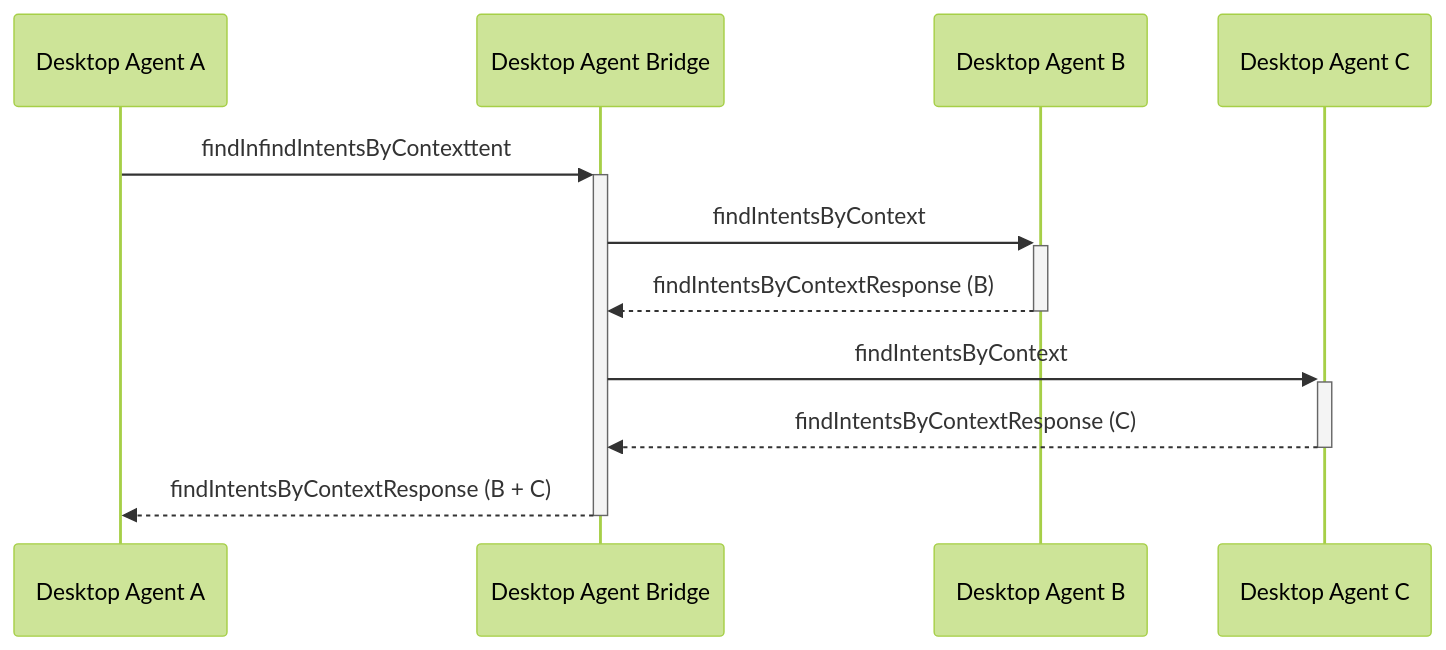
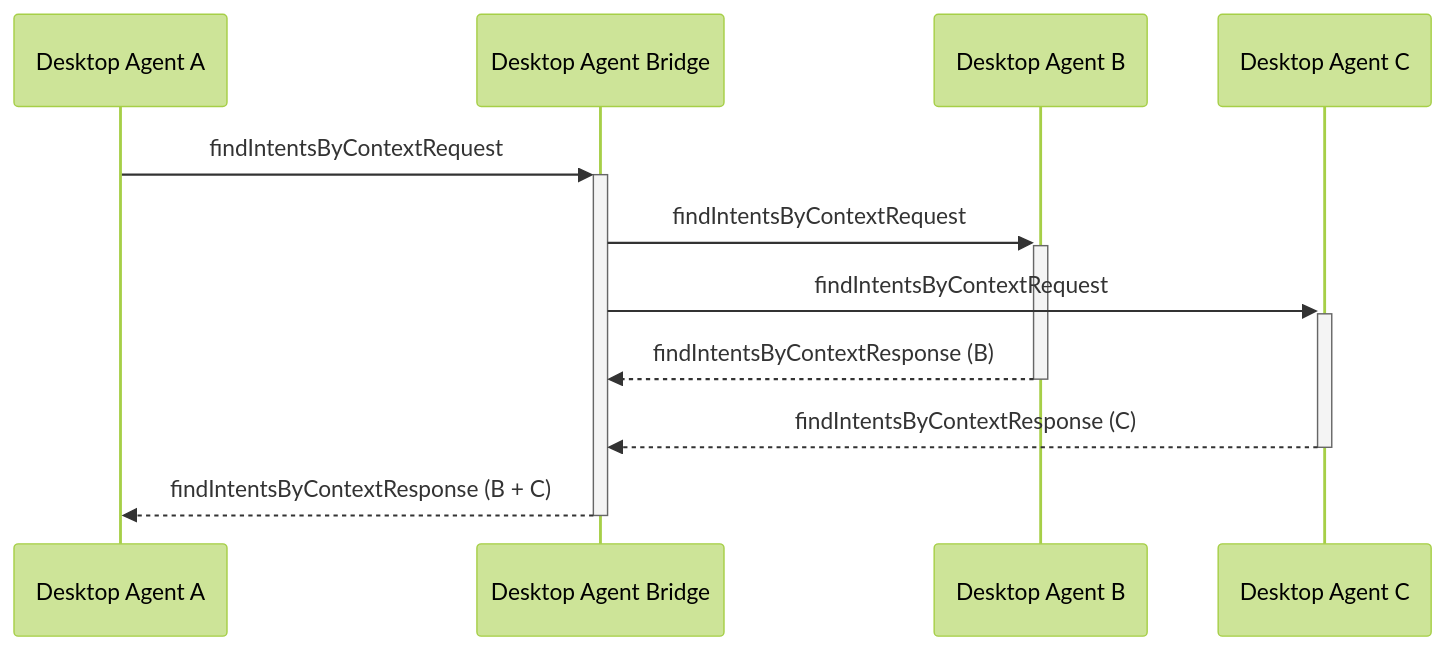
One commit to finos/FDC3 changed the diagram in docs/api-bridging/ref/findIntentsByContext.md. Above: the diagram before and after it, drawn with Mermaid (forest theme). The commit also changed other lines of this file and 42 other files, not shown here.

First line of the commit message:
Adding schema links to bridging ref docs + corrections

````diff
--- a/docs/api-bridging/ref/findIntentsByContext.md
+++ b/docs/api-bridging/ref/findIntentsByContext.md
@@ -25,13 +25,13 @@
 ```mermaid
 sequenceDiagram
     participant DA as Desktop Agent A
     participant DAB as Desktop Agent Bridge
     participant DB as Desktop Agent B
     participant DC as Desktop Agent C
-    DA ->>+ DAB: findInfindIntentsByContexttent
-    DAB ->>+ DB: findIntentsByContext
+    DA ->>+ DAB: findIntentsByContextRequest
+    DAB ->>+ DB: findIntentsByContextRequest
+    DAB ->>+ DC: findIntentsByContextRequest
     DB -->>- DAB: findIntentsByContextResponse (B)
-    DAB ->>+ DC: findIntentsByContext
     DC -->>- DAB: findIntentsByContextResponse (C)
     DAB -->>- DA: findIntentsByContextResponse (B + C)
 ```
````
